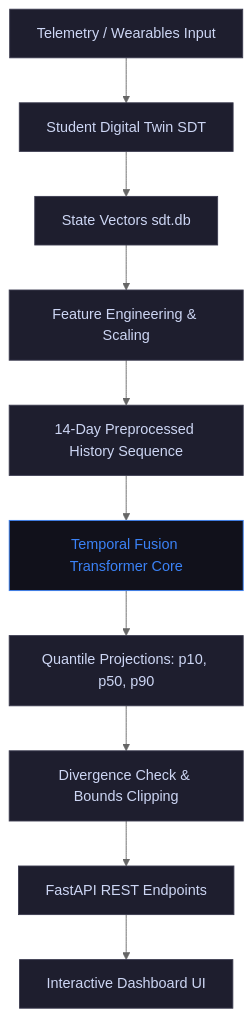
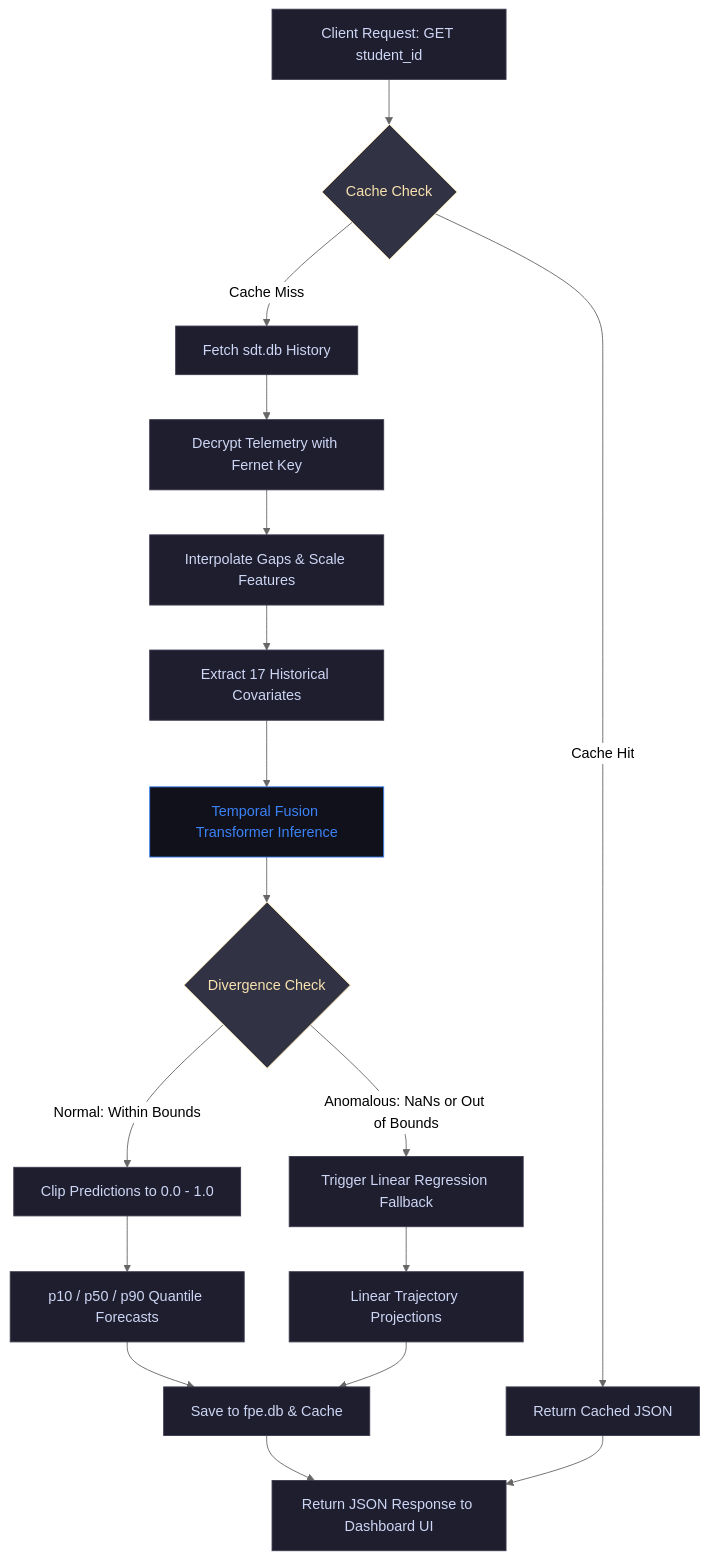
The diagram in README.md (tezendrax/FPE-Student-State-Forecasting-Engine--Wellmefy), drawn with Mermaid (neutral theme) before and after one commit. The commit also changed other lines of this file and 1 other file, not shown here.

Commit message:
Updating flowchart pathways

````diff
--- a/README.md
+++ b/README.md
@@ -13,17 +13,37 @@
 ```mermaid
 graph TD
-    A[Telemetry / Wearables Input] --> B[Student Digital Twin SDT]
-    B --> C[State Vectors sdt.db]
-    C --> D[Feature Engineering & Scaling]
-    D --> E[14-Day Preprocessed History Sequence]
-    E --> F[Temporal Fusion Transformer Core]
-    F --> G[Quantile Projections: p10, p50, p90]
-    G --> H[Divergence Check & Bounds Clipping]
-    H --> I[FastAPI REST Endpoints]
-    I --> J[Interactive Dashboard UI]
+    %% Entry Point
+    A[Client Request: GET student_id] --> B{Cache Check}
+    
+    %% Cache Branching
+    B -->|Cache Hit| C[Return Cached JSON]
+    B -->|Cache Miss| D[Fetch sdt.db History]
+    
+    %% Processing Pipeline
+    D --> E[Decrypt Telemetry with Fernet Key]
+    E --> F[Interpolate Gaps & Scale Features]
+    F --> G[Extract 17 Historical Covariates]
+    G --> H[Temporal Fusion Transformer Inference]
+    
+    %% Divergence Check Branching
+    H --> I{Divergence Check}
+    I -->|Normal: Within Bounds| J[Clip Predictions to 0.0 - 1.0]
+    I -->|Anomalous: NaNs or Out of Bounds| K[Trigger Linear Regression Fallback]
+    
+    %% Target Outputs
+    J --> L[p10 / p50 / p90 Quantile Forecasts]
+    K --> M[Linear Trajectory Projections]
+    
+    %% Concluding Pipeline
+    L --> N[Save to fpe.db & Cache]
+    M --> N
+    N --> O[Return JSON Response to Dashboard UI]
+    C --> O
 
     %% Styling
     classDef default fill:#1e1e2e,stroke:#3b3b4f,color:#cdd6f4;
+    classDef decision fill:#313244,stroke:#f9e2af,color:#f9e2af;
     classDef highlight fill:#11111b,stroke:#3b82f6,color:#3b82f6;
-    class F highlight;
+    class B,I decision;
+    class H highlight;
 ```
````
